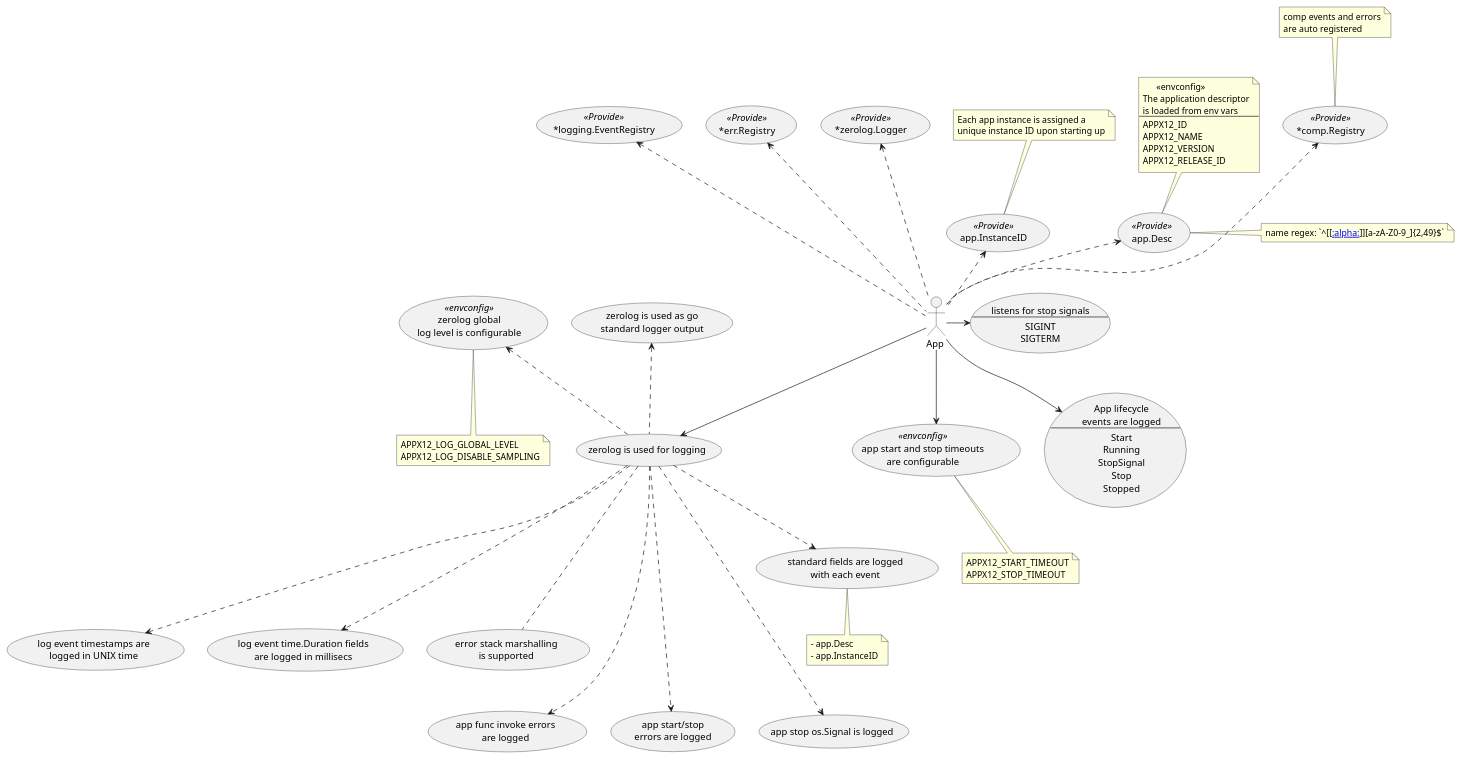
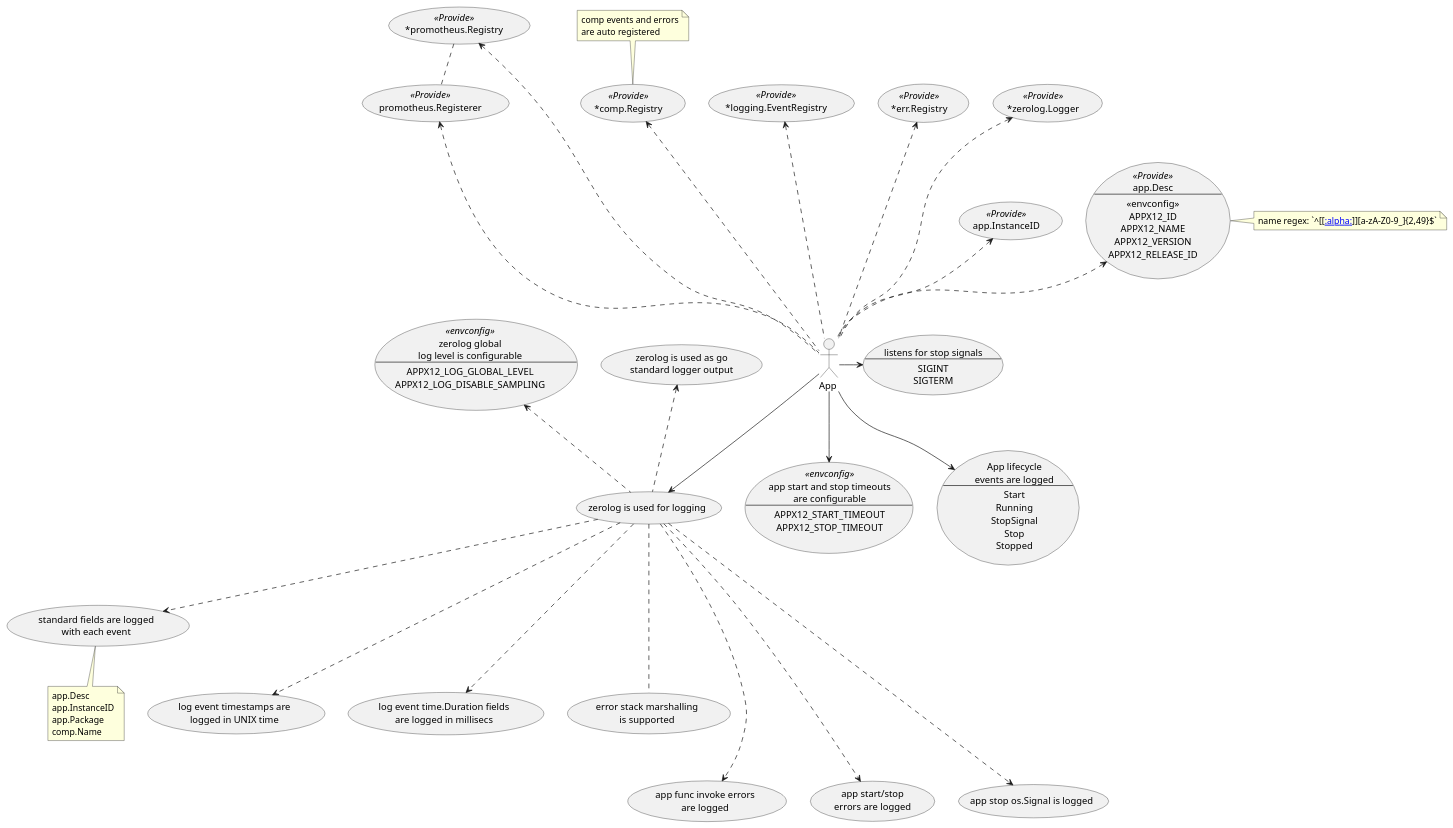
The diagram in pkg/app/fx/usecases.puml (oysterpack/andiamo), drawn with PlantUML before and after one commit. The commit also changed 10 other files, not shown here.

First line of the commit message:
fx.App now provides prometheus metrics support and app StartEvent includes build info

```diff
--- a/pkg/app/fx/usecases.puml
+++ b/pkg/app/fx/usecases.puml
@@ -1,134 +1,132 @@
 @startuml
 skinparam usecase {
 	BackgroundColor<< NEW >> DarkSeaGreen
 	BorderColor<< NEW >> YellowGreen
 }
 
 actor :App : as APP
 
-usecase APP_TIMEOUTS << envconfig >> as "app start and stop timeouts
-are configurable"
-
-note bottom of APP_TIMEOUTS {
+usecase APP_TIMEOUTS << envconfig >> as "
+app start and stop timeouts
+are configurable
+---
 APPX12_START_TIMEOUT
 APPX12_STOP_TIMEOUT
-}
+"
 
 usecase APP_LOGGING as "zerolog is used for logging"
 usecase ZEROLOG_CONFIG << envconfig >> as "
 zerolog global
-log level is configurable"
-
-note bottom of ZEROLOG_CONFIG {
+log level is configurable
+---
 APPX12_LOG_GLOBAL_LEVEL
 APPX12_LOG_DISABLE_SAMPLING
-}
+"
 
 usecase LOG_APP_DESC as "standard fields are logged
 with each event"
 
 note bottom of LOG_APP_DESC {
-- app.Desc
-- app.InstanceID
+app.Desc
+app.InstanceID
+app.Package
+comp.Name
 }
 
 usecase LOG_TIMESTAMP as "log event timestamps are
 logged in UNIX time"
 
 usecase LOG_DURATION as "log event time.Duration fields
 are logged in millisecs"
 
 usecase LOG_ERROR_STACK_MARSHALLER as "error stack marshalling
 is supported"
 
 usecase GO_LOGGING as "zerolog is used as go
 standard logger output"
 
-usecase PROVIDE_APP_DESC << Provide >> as "app.Desc"
-
-usecase PROVIDE_APP_DESC << Provide >> as "app.Desc"
-
-note top of PROVIDE_APP_DESC {
-      <<envconfig>>
-The application descriptor
-is loaded from env vars
+usecase PROVIDE_APP_DESC << Provide >> as "
+app.Desc
 ---
+<<envconfig>>
 APPX12_ID
 APPX12_NAME
 APPX12_VERSION
 APPX12_RELEASE_ID
-}
+"
 
 note as NAME_REGEX
 name regex: `^[[[[:alpha:]]]][a-zA-Z0-9_]{2,49}$`
 end note
 
 PROVIDE_APP_DESC . NAME_REGEX
 
 usecase PROVIDE_APP_INSTANCE_ID << Provide >> as "app.InstanceID"
-
-note top of PROVIDE_APP_INSTANCE_ID  {
-Each app instance is assigned a
-unique instance ID upon starting up
-}
 
 usecase PROVIDE_LOGGER << Provide >> as "*zerolog.Logger"
 usecase PROVIDE_ERR_REGISTRY << Provide >> as "*err.Registry"
 usecase PROVIDE_EVENT_REGISTRY << Provide >> as "*logging.EventRegistry"
 usecase PROVIDE_COMP_REGISTRY << Provide >> as "*comp.Registry"
 
 note as COMP_REGISTRY_NOTES
 comp events and errors
 are auto registered
 end note
 
 COMP_REGISTRY_NOTES ..> PROVIDE_COMP_REGISTRY
 
+usecase PROVIDE_PROMETHEUS_REGISTRY << Provide >> as "*promotheus.Registry"
+usecase PROVIDE_PROMETHEUS_REGISTERER << Provide >> as "promotheus.Registerer"
+
+PROVIDE_PROMETHEUS_REGISTRY .. PROVIDE_PROMETHEUS_REGISTERER
+
 APP .up.> PROVIDE_APP_DESC
 APP .up.> PROVIDE_APP_INSTANCE_ID
 APP .up..> PROVIDE_LOGGER
 APP .up..> PROVIDE_ERR_REGISTRY
 APP .up..> PROVIDE_EVENT_REGISTRY
 APP .up..> PROVIDE_COMP_REGISTRY
+APP .up..> PROVIDE_PROMETHEUS_REGISTRY
+APP .up..> PROVIDE_PROMETHEUS_REGISTERER
 
 usecase LOG_APP_LIFECYCLE_EVENTS as "App lifecycle
 events are logged
 ---
 Start
 Running
 StopSignal
 Stop
 Stopped"
 
 usecase LOG_APP_INVOKE_ERRORS as "app func invoke errors
 are logged"
 
 usecase LOG_APP_START_STOP_ERRORS as "app start/stop
 errors are logged"
 
 usecase LOG_STOP_SIGNAL_EVENT as "app stop os.Signal is logged"
 
 usecase APP_STOP_SIGNALS as "listens for stop signals
 ---
 SIGINT
 SIGTERM
 "
 
 APP_LOGGING .up.> GO_LOGGING
 APP_LOGGING .up.> ZEROLOG_CONFIG
 APP_LOGGING ..> LOG_APP_DESC
 APP_LOGGING ...> LOG_TIMESTAMP
 APP_LOGGING ...> LOG_DURATION
 APP_LOGGING ....> LOG_APP_INVOKE_ERRORS
 APP_LOGGING ....> LOG_APP_START_STOP_ERRORS
 APP_LOGGING ....> LOG_STOP_SIGNAL_EVENT
 APP_LOGGING ... LOG_ERROR_STACK_MARSHALLER
 
 
 APP --> APP_TIMEOUTS
 APP --> APP_LOGGING
 
 APP --> LOG_APP_LIFECYCLE_EVENTS
 APP -> APP_STOP_SIGNALS
 
 @enduml
```
